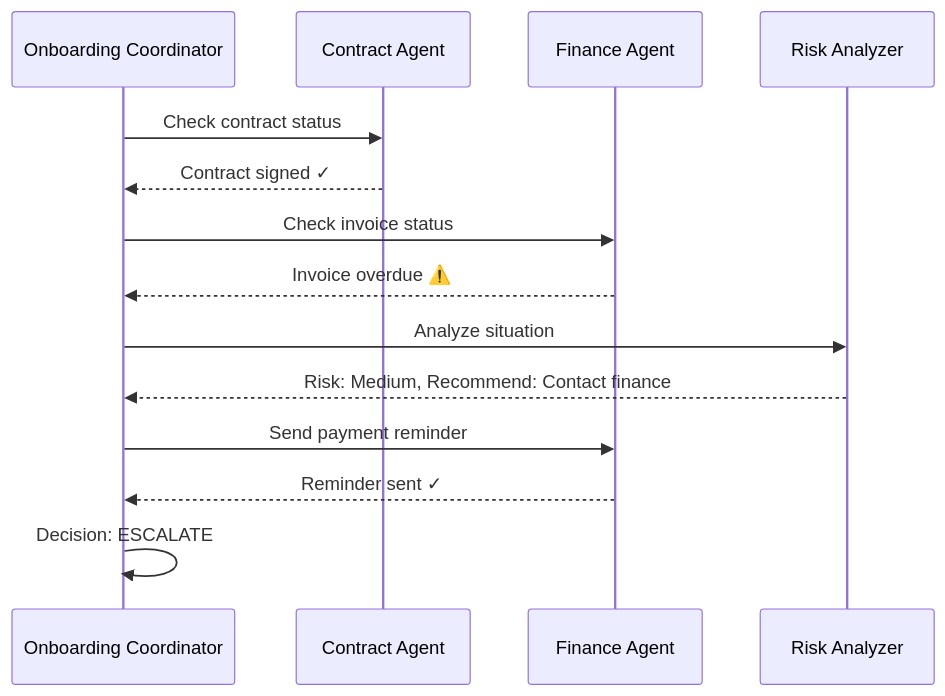
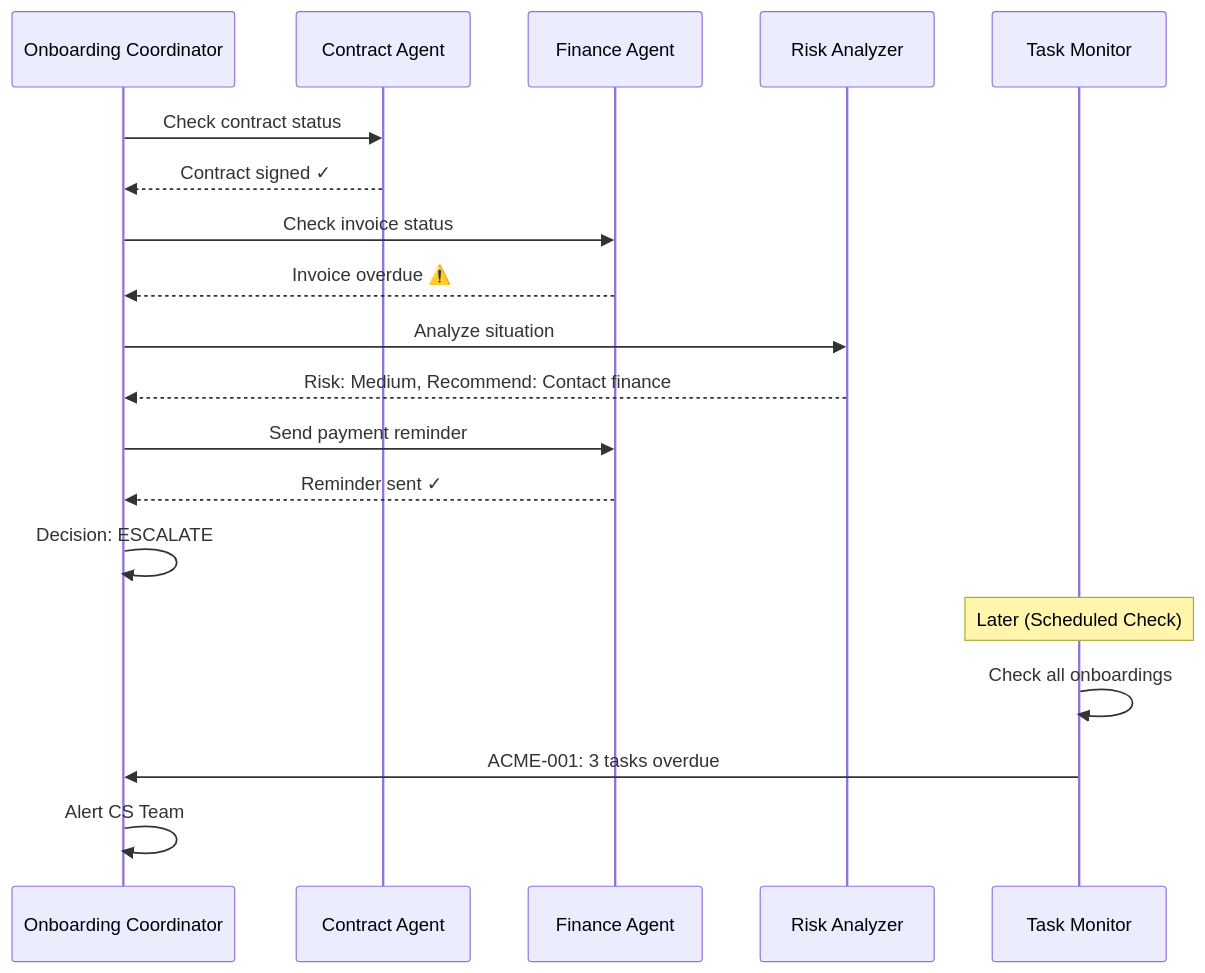
One commit to alyab16/Enterprise-Agents-Solutions-Case-Study changed diagram 16 of 17 in docs/SOLUTION_DESIGN.md. Above: the diagram before and after it, drawn with Mermaid. The commit also changed other lines of this file and 2 other files, not shown here.

````diff
--- a/docs/SOLUTION_DESIGN.md
+++ b/docs/SOLUTION_DESIGN.md
@@ -501,21 +692,27 @@
 ```mermaid
 sequenceDiagram
     participant OC as Onboarding Coordinator
     participant CA as Contract Agent
     participant FA as Finance Agent
     participant RA as Risk Analyzer
+    participant TM as Task Monitor
     
     OC->>CA: Check contract status
     CA-->>OC: Contract signed ✓
     
     OC->>FA: Check invoice status
     FA-->>OC: Invoice overdue ⚠️
     
     OC->>RA: Analyze situation
     RA-->>OC: Risk: Medium, Recommend: Contact finance
     
     OC->>FA: Send payment reminder
     FA-->>OC: Reminder sent ✓
     
     OC->>OC: Decision: ESCALATE
+    
+    Note over TM: Later (Scheduled Check)
+    TM->>TM: Check all onboardings
+    TM->>OC: ACME-001: 3 tasks overdue
+    OC->>OC: Alert CS Team
 ```
````
